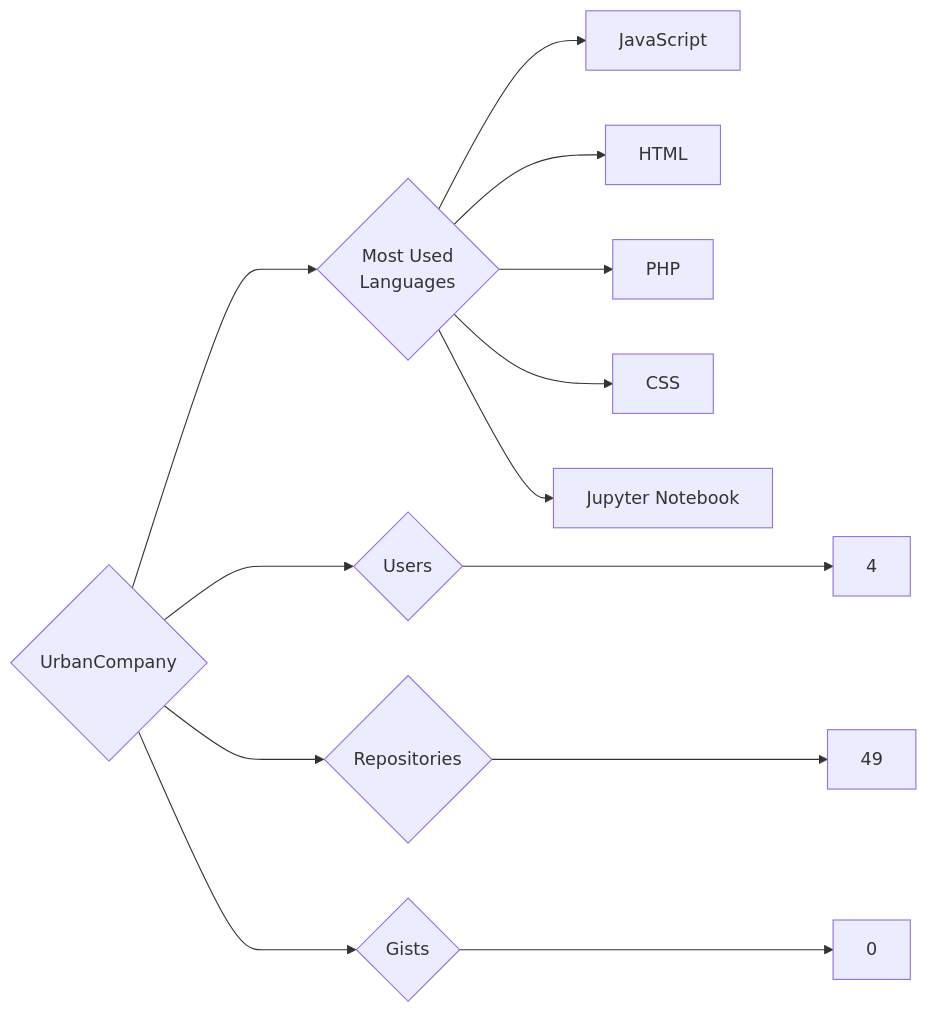
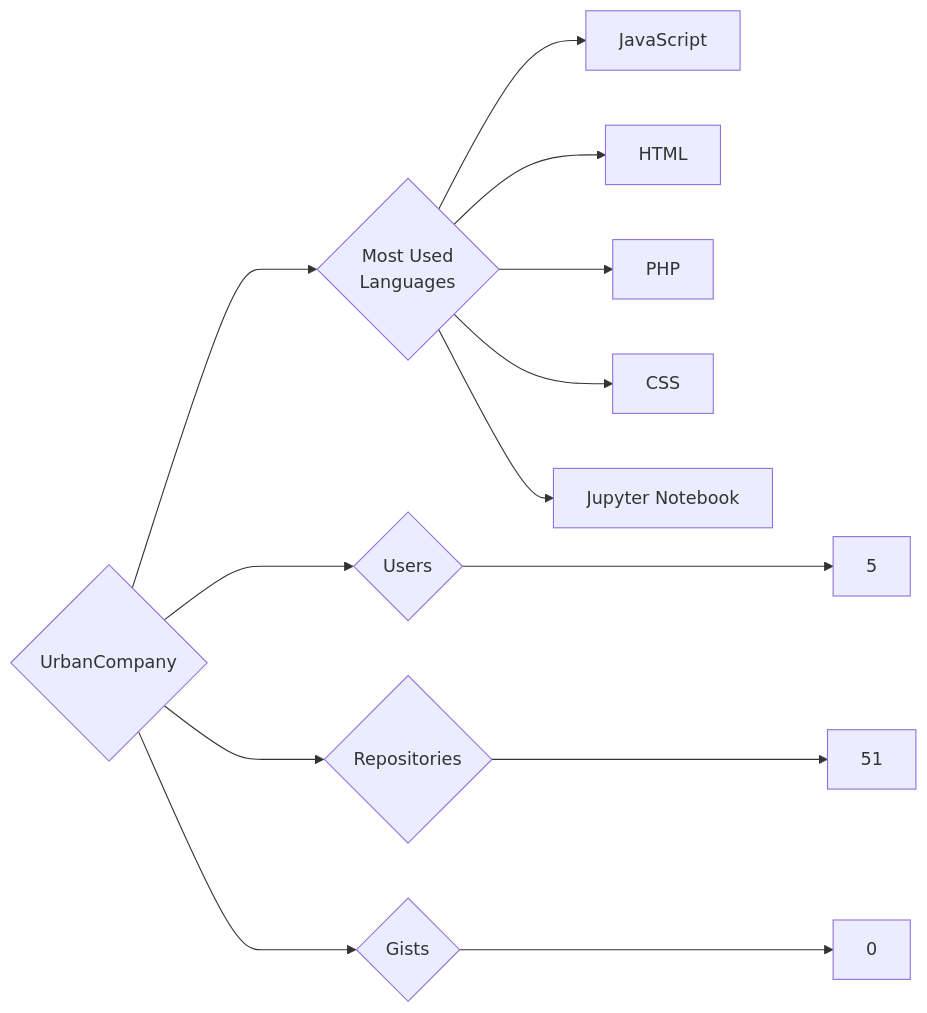
Before and after one commit to trickest/insiders: the diagram in targets/UrbanCompany/README.md, drawn with Mermaid. The commit also changed 964 other files, not shown here.

````diff
--- a/targets/UrbanCompany/README.md
+++ b/targets/UrbanCompany/README.md
@@ -3,13 +3,13 @@
 ```mermaid
 graph LR
 COMPANY_NAME{UrbanCompany}
-COMPANY_NAME ---> U{Users} ---> UN[4]
-COMPANY_NAME ---> R{Repositories} ---> RN[49]
+COMPANY_NAME ---> U{Users} ---> UN[5]
+COMPANY_NAME ---> R{Repositories} ---> RN[51]
 COMPANY_NAME ---> G{Gists} ---> GN[0]
 COMPANY_NAME ---> ML{Most Used<br>Languages}
 ML --> JavaScript[JavaScript]
 ML --> HTML[HTML]
 ML --> PHP[PHP]
 ML --> CSS[CSS]
 ML --> Jupyter_Notebook[Jupyter Notebook]
 ```
````
